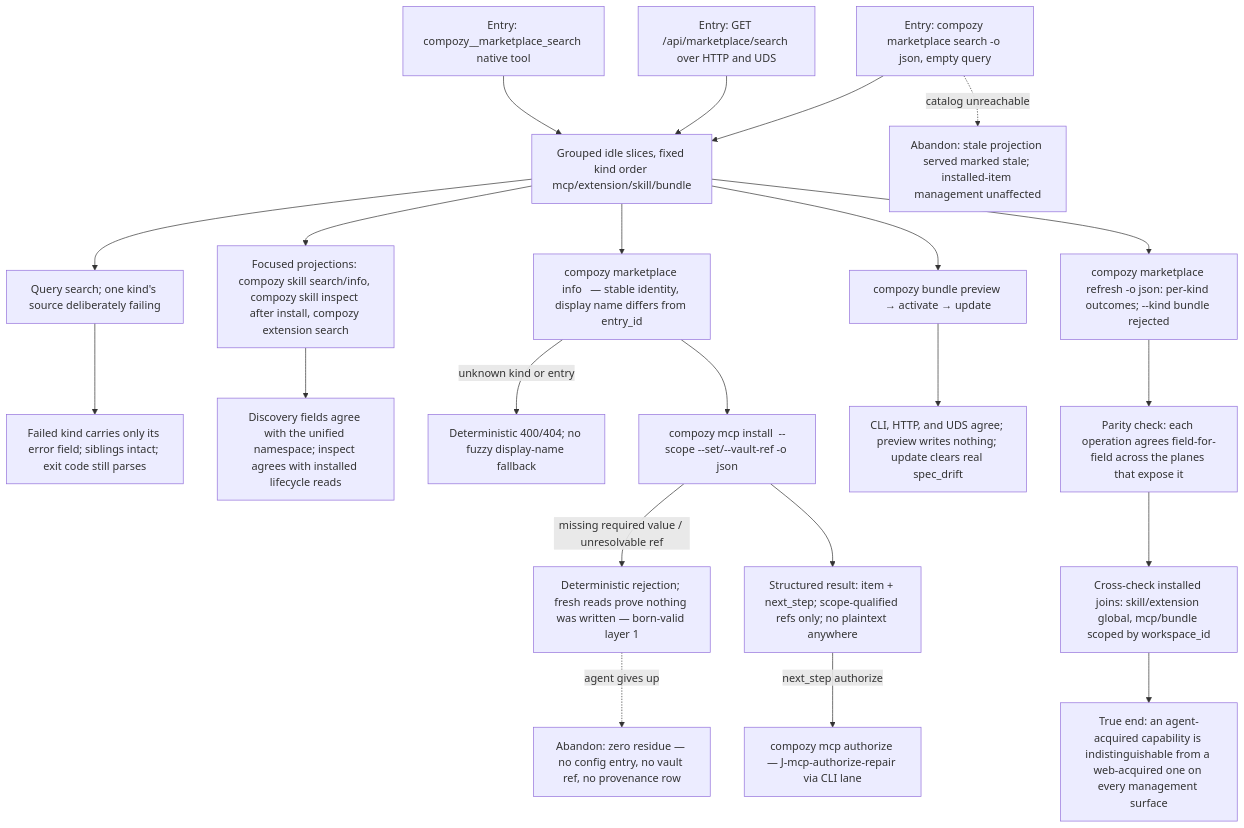
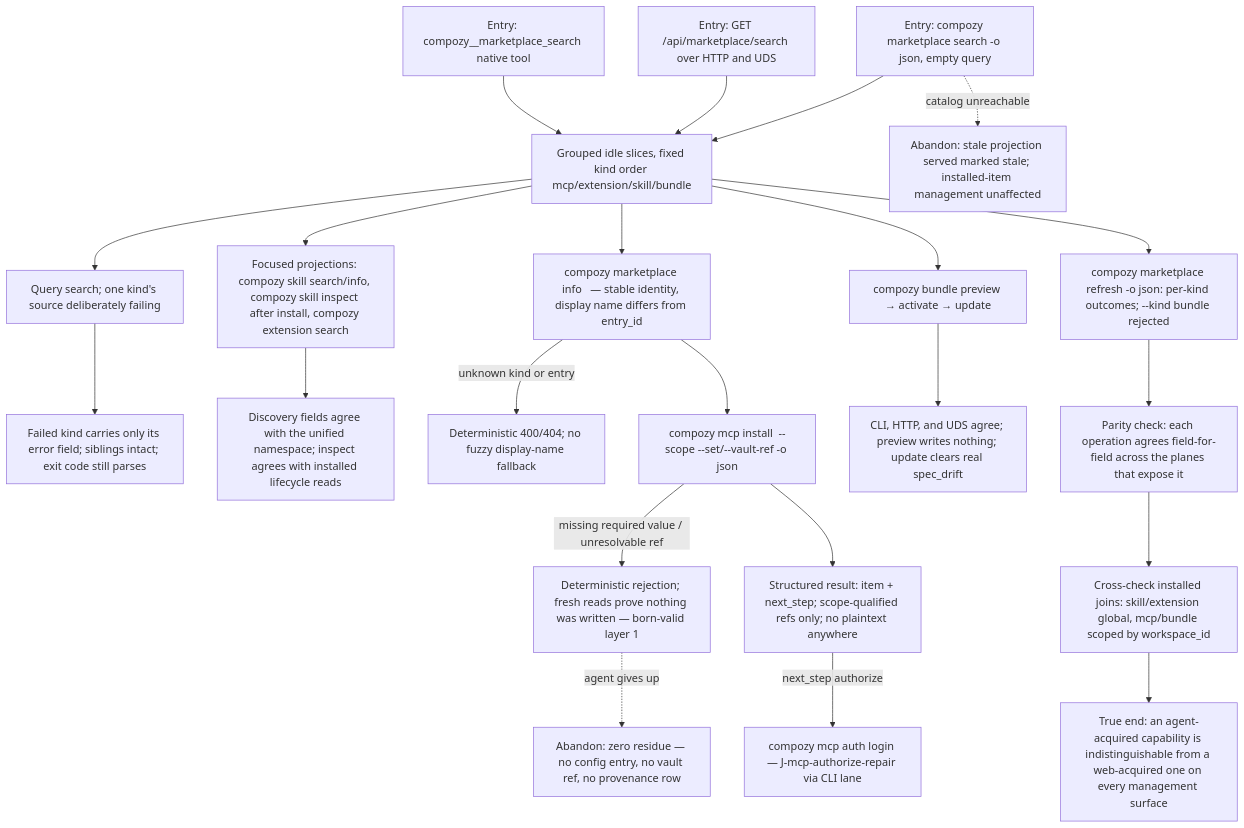
Before and after one commit to compozy/compozy: the diagram in docs/qa/journeys/J-agent-marketplace-parity.md, drawn with Mermaid. The commit also changed other lines of this file and 583 other files, not shown here.

````diff
--- a/docs/qa/journeys/J-agent-marketplace-parity.md
+++ b/docs/qa/journeys/J-agent-marketplace-parity.md
@@ -5,24 +5,24 @@
 ```mermaid
 flowchart TD
   A[Entry: compozy marketplace search -o json, empty query] --> B[Grouped idle slices, fixed kind order mcp/extension/skill/bundle]
   A2[Entry: GET /api/marketplace/search over HTTP and UDS] --> B
   A3[Entry: compozy__marketplace_search native tool] --> B
   B --> C[Query search; one kind's source deliberately failing]
   C --> C2[Failed kind carries only its error field; siblings intact; exit code still parses]
   B --> C3[Focused projections: compozy skill search/info, compozy skill inspect after install, compozy extension search]
   C3 --> C4[Discovery fields agree with the unified namespace; inspect agrees with installed lifecycle reads]
   B --> D[compozy marketplace info <kind> <entry_id> — stable identity, display name differs from entry_id]
   D -->|unknown kind or entry| D2[Deterministic 400/404; no fuzzy display-name fallback]
   D --> E[compozy mcp install <entry> --scope --set/--vault-ref -o json]
   E -->|missing required value / unresolvable ref| E2[Deterministic rejection; fresh reads prove nothing was written — born-valid layer 1]
   E --> F[Structured result: item + next_step; scope-qualified refs only; no plaintext anywhere]
-  F -->|next_step authorize| G[compozy mcp authorize — J-mcp-authorize-repair via CLI lane]
+  F -->|next_step authorize| G[compozy mcp auth login — J-mcp-authorize-repair via CLI lane]
   B --> G2[compozy bundle preview → activate → update]
   G2 --> G3[CLI, HTTP, and UDS agree; preview writes nothing; update clears real spec_drift]
   B --> H[compozy marketplace refresh -o json: per-kind outcomes; --kind bundle rejected]
   H --> I[Parity check: each operation agrees field-for-field across the planes that expose it]
   I --> J[Cross-check installed joins: skill/extension global, mcp/bundle scoped by workspace_id]
   A -.->|catalog unreachable| X1[Abandon: stale projection served marked stale; installed-item management unaffected]
   E2 -.->|agent gives up| X2[Abandon: zero residue — no config entry, no vault ref, no provenance row]
   J --> Z[True end: an agent-acquired capability is indistinguishable from a web-acquired one on every management surface]
 ```
````
